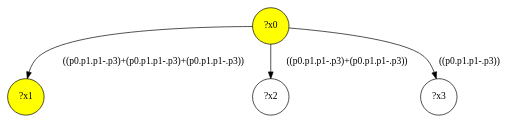
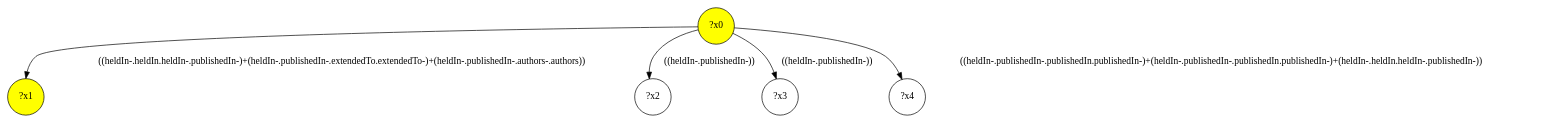
One commit to gbagan/gmark changed the diagram in src/queryinterface/interface-queries/query-48.dot. Above: the diagram before and after it, drawn with Graphviz. The commit also changed 150 other files, not shown here.

```diff
--- a/src/queryinterface/interface-queries/query-48.dot
+++ b/src/queryinterface/interface-queries/query-48.dot
@@ -1,9 +1,11 @@
 digraph g {
 	x0 [fillcolor="yellow", style="filled," shape=circle, label="?x0"];
 	x1 [fillcolor="yellow", style="filled," shape=circle, label="?x1"];
-	x0 -> x1 [label="((p0.p1.p1-.p3)+(p0.p1.p1-.p3)+(p0.p1.p1-.p3))"];
+	x0 -> x1 [label="((heldIn-.heldIn.heldIn-.publishedIn-)+(heldIn-.publishedIn-.extendedTo.extendedTo-)+(heldIn-.publishedIn-.authors-.authors))"];
 	x2 [shape=circle, label="?x2"];
-	x0 -> x2 [label="((p0.p1.p1-.p3)+(p0.p1.p1-.p3))"];
+	x0 -> x2 [label="((heldIn-.publishedIn-))"];
 	x3 [shape=circle, label="?x3"];
-	x0 -> x3 [label="((p0.p1.p1-.p3))"];
+	x0 -> x3 [label="((heldIn-.publishedIn-))"];
+	x4 [shape=circle, label="?x4"];
+	x0 -> x4 [label="((heldIn-.publishedIn-.publishedIn.publishedIn-)+(heldIn-.publishedIn-.publishedIn.publishedIn-)+(heldIn-.heldIn.heldIn-.publishedIn-))"];
 }
```
